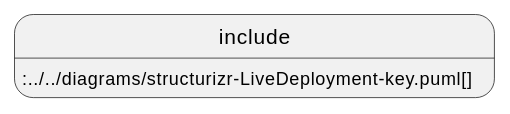
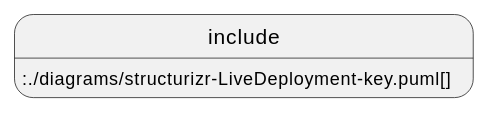
The second of 2 diagrams in documentation/src/07_deployment_view.adoc (bitsmuggler/arc42-c4-software-architecture-documentation-example), drawn with PlantUML before and after one commit. The commit also changed other lines of this file and 3 other files, not shown here.

Commit message:
Change diagrams path

```diff
--- a/documentation/src/07_deployment_view.adoc
+++ b/documentation/src/07_deployment_view.adoc
@@ -16,4 +16,4 @@
 [plantuml, format=png]   
 ....
-include::../../diagrams/structurizr-LiveDeployment-key.puml[]
+include::./diagrams/structurizr-LiveDeployment-key.puml[]
 ....
```
